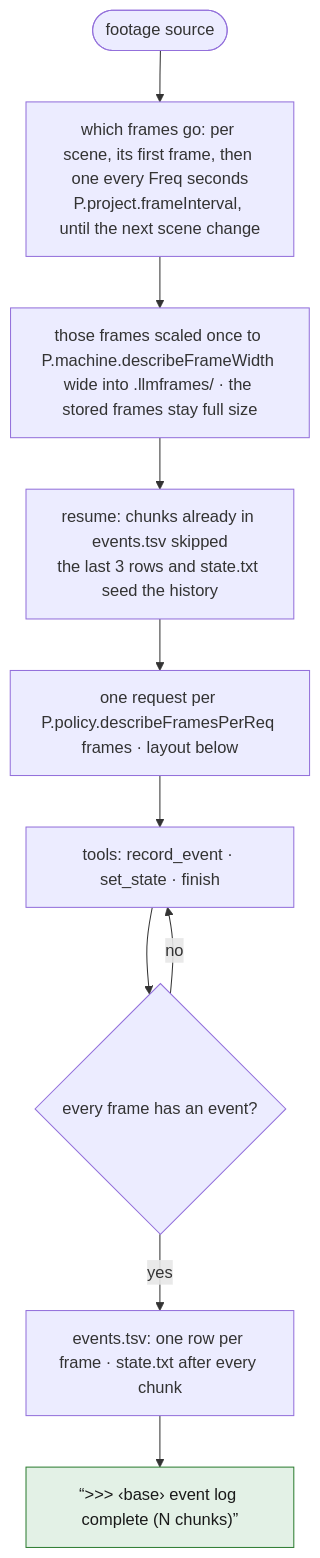
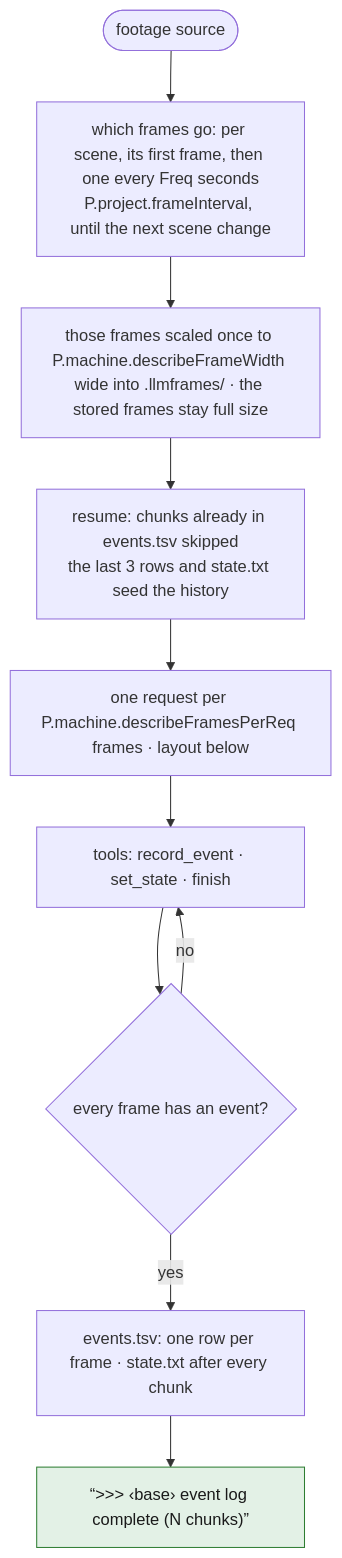
The seventh of 12 diagrams in spec/04-prepare.md (tbocek/naivepost), drawn with Mermaid before and after one commit. The commit also changed other lines of this file and 16 other files, not shown here.

````diff
--- a/spec/04-prepare.md
+++ b/spec/04-prepare.md
@@ -201,15 +201,15 @@
 ```mermaid
 flowchart TD
   A(["footage source"]) --> PICK["which frames go: per scene, its first frame, then one every Freq seconds<br/>P.project.frameInterval, until the next scene change"]
   PICK --> SC["those frames scaled once to P.machine.describeFrameWidth wide into .llmframes/ · the stored frames stay full size"]
   SC --> RES["resume: chunks already in events.tsv skipped<br/>the last 3 rows and state.txt seed the history"]
-  RES --> REQ["one request per P.policy.describeFramesPerReq frames · layout below"]
+  RES --> REQ["one request per P.machine.describeFramesPerReq frames · layout below"]
   REQ --> T["tools: record_event · set_state · finish"]
   T --> F{"every frame has an event?"}
   F -- no --> T
   F -- yes --> W["events.tsv: one row per frame · state.txt after every chunk"]
   W --> DONE["“>>> ‹base› event log complete (N chunks)”"]:::done
   classDef refuse fill:#fde2e1,stroke:#c01c28,color:#1a1a1a
   classDef done fill:#e3f1e6,stroke:#2e7d32,color:#1a1a1a
   classDef ask fill:#e8eefc,stroke:#3a63c8,color:#1a1a1a
 ```
````
